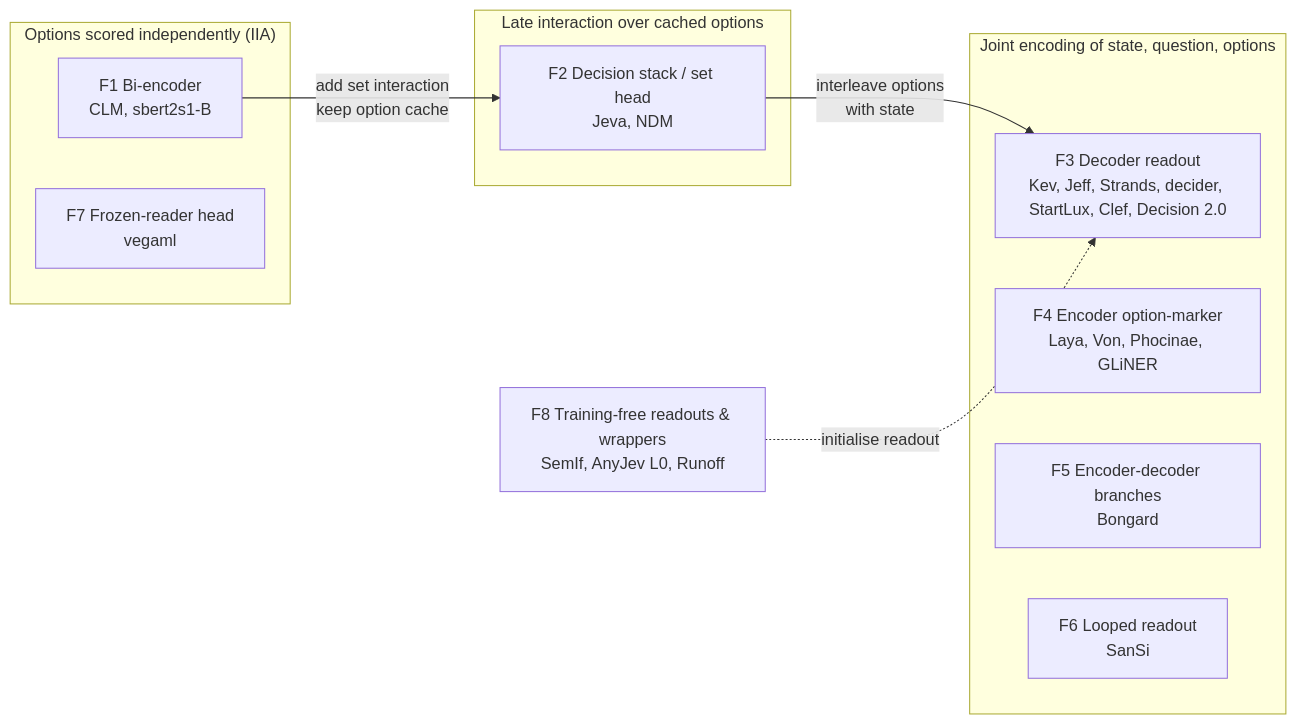
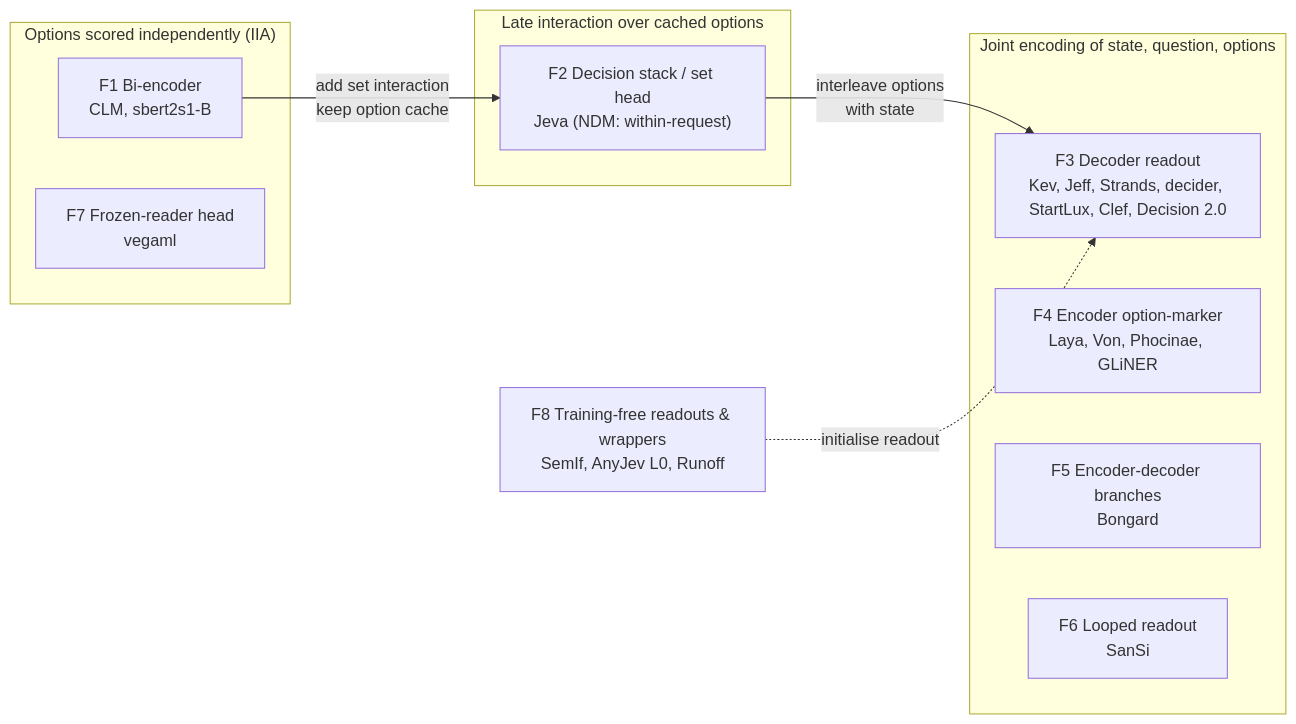
The diagram in docs/research/survey.md (sourav-dhar/system-one-from-scratch), drawn with Mermaid before and after one commit. The commit also changed other lines of this file and 4 other files, not shown here.

````diff
--- a/docs/research/survey.md
+++ b/docs/research/survey.md
@@ -158,20 +158,20 @@
 ```mermaid
 flowchart LR
     subgraph Independent["Options scored independently (IIA)"]
         F1["F1 Bi-encoder<br/>CLM, sbert2s1-B"]
         F7["F7 Frozen-reader head<br/>vegaml"]
     end
     subgraph Late["Late interaction over cached options"]
-        F2["F2 Decision stack / set head<br/>Jeva, NDM"]
+        F2["F2 Decision stack / set head<br/>Jeva (NDM: within-request)"]
     end
     subgraph Joint["Joint encoding of state, question, options"]
         F3["F3 Decoder readout<br/>Kev, Jeff, Strands, decider, StartLux, Clef, Decision 2.0"]
         F4["F4 Encoder option-marker<br/>Laya, Von, Phocinae, GLiNER"]
         F5["F5 Encoder-decoder branches<br/>Bongard"]
         F6["F6 Looped readout<br/>SanSi"]
     end
     F8["F8 Training-free readouts & wrappers<br/>SemIf, AnyJev L0, Runoff"]
     F1 -->|"add set interaction<br/>keep option cache"| F2
     F2 -->|"interleave options<br/>with state"| F3
     F8 -.->|"initialise readout"| F3
 ```
````
